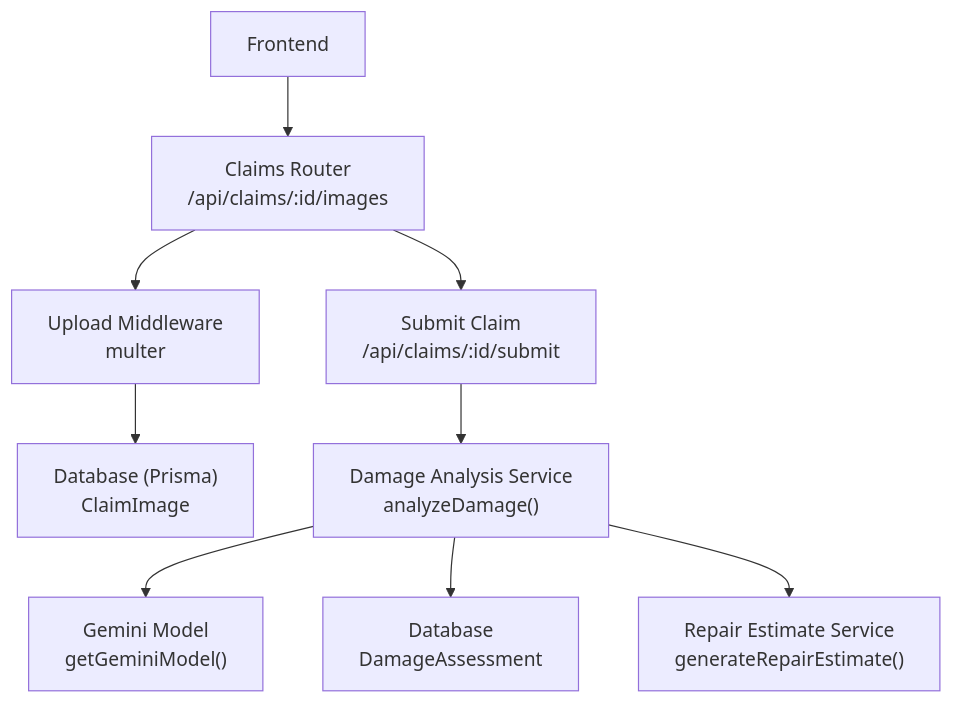
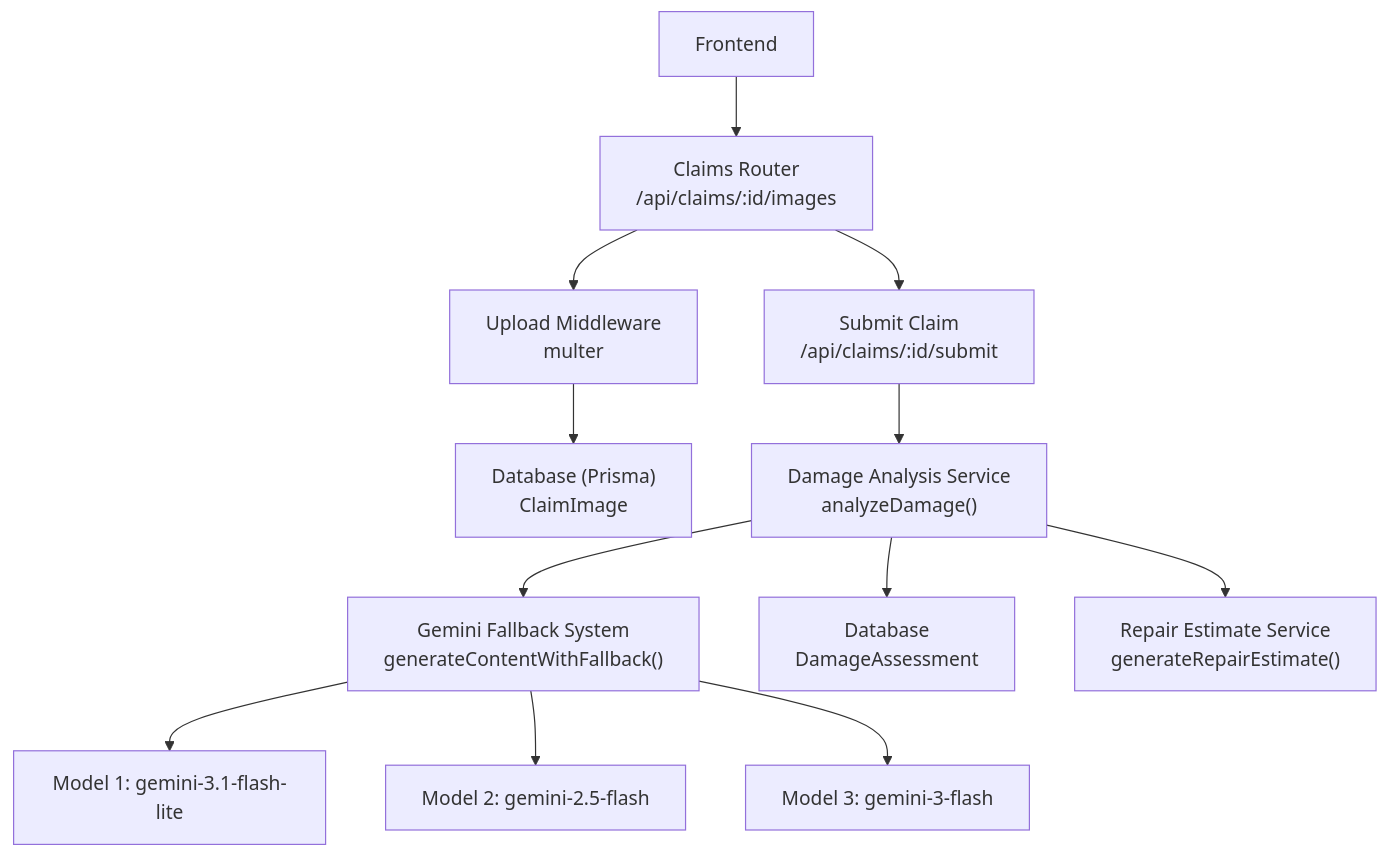
One commit to NaveenHiranya/Smart-Vehicle-Insurance-Claim-System changed the first of 3 diagrams in .qoder/repowiki/en/content/AI Services Integration/Damage Analysis Service.md. Above: the diagram before and after it, drawn with Mermaid. The commit also changed other lines of this file and 41 other files, not shown here.

````diff
--- a/.qoder/repowiki/en/content/AI Services Integration/Damage Analysis Service.md
+++ b/.qoder/repowiki/en/content/AI Services Integration/Damage Analysis Service.md
@@ -37,11 +44,14 @@
 ```mermaid
 graph TB
 FE["Frontend"] --> R["Claims Router<br/>/api/claims/:id/images"]
 R --> U["Upload Middleware<br/>multer"]
 U --> DB["Database (Prisma)<br/>ClaimImage"]
 R --> S["Submit Claim<br/>/api/claims/:id/submit"]
 S --> A["Damage Analysis Service<br/>analyzeDamage()"]
-A --> G["Gemini Model<br/>getGeminiModel()"]
+A --> G["Gemini Fallback System<br/>generateContentWithFallback()"]
+G --> M1["Model 1: gemini-3.1-flash-lite"]
+G --> M2["Model 2: gemini-2.5-flash"]
+G --> M3["Model 3: gemini-3-flash"]
 A --> DB2["Database<br/>DamageAssessment"]
 A --> E["Repair Estimate Service<br/>generateRepairEstimate()"]
 ```
````
